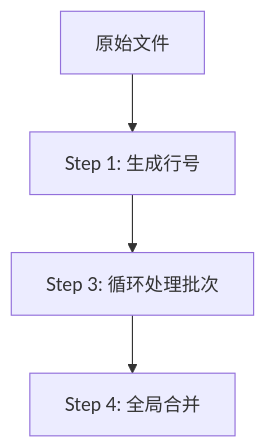
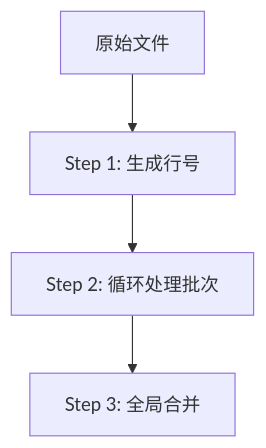
The first of 2 diagrams in SKILL.md (zengge96/tmdb-scrape), drawn with Mermaid before and after one commit. The commit also changed other lines of this file, not shown here.

````diff
--- a/SKILL.md
+++ b/SKILL.md
@@ -13,6 +13,6 @@
 ```mermaid
 graph TD
 A[原始文件] --> B[Step 1: 生成行号]
-B --> C[Step 3: 循环处理批次]
-C --> D[Step 4: 全局合并]
+B --> C[Step 2: 循环处理批次]
+C --> D[Step 3: 全局合并]
 ```
````
